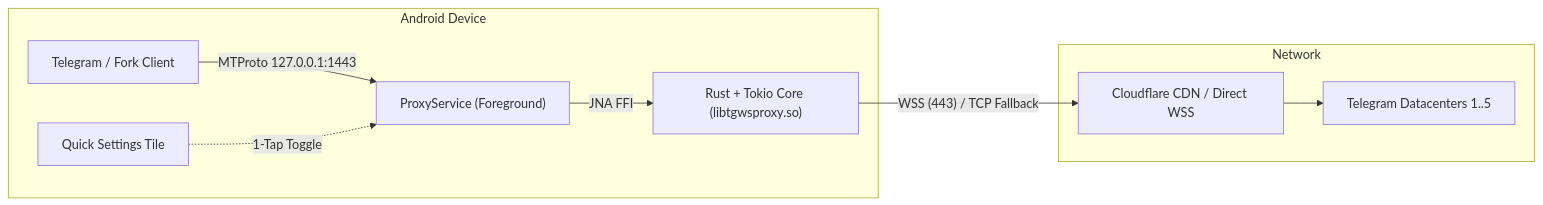
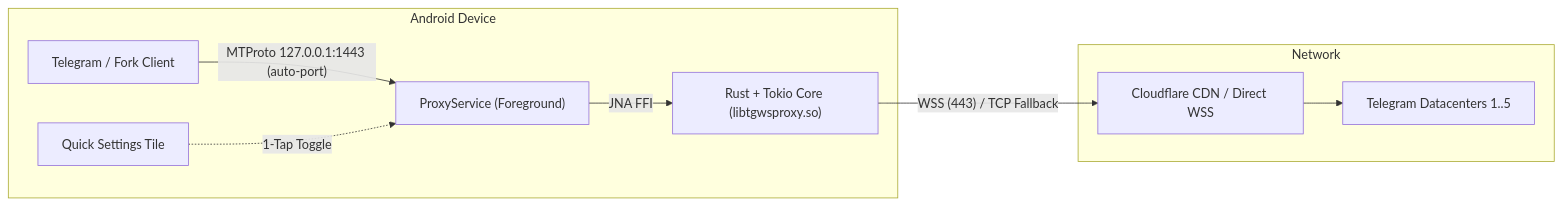
The diagram in README.md (wqeww0001/TgwsProxyAndroid), drawn with Mermaid before and after one commit. The commit also changed other lines of this file and 1 other file, not shown here.

````diff
--- a/README.md
+++ b/README.md
@@ -57,13 +60,13 @@
 ```mermaid
 graph LR
     subgraph Android Device
-        TG["Telegram / Fork Client"] -->|"MTProto 127.0.0.1:1443"| SERVICE["ProxyService (Foreground)"]
+        TG["Telegram / Fork Client"] -->|"MTProto 127.0.0.1:1443 (auto-port)"| SERVICE["ProxyService (Foreground)"]
         TILE["Quick Settings Tile"] -.->|"1-Tap Toggle"| SERVICE
         SERVICE -->|"JNA FFI"| RUST["Rust + Tokio Core (libtgwsproxy.so)"]
     end
 
     subgraph Network
         RUST -->|"WSS (443) / TCP Fallback"| CF["Cloudflare CDN / Direct WSS"]
         CF --> DC["Telegram Datacenters 1..5"]
     end
 ```
````
